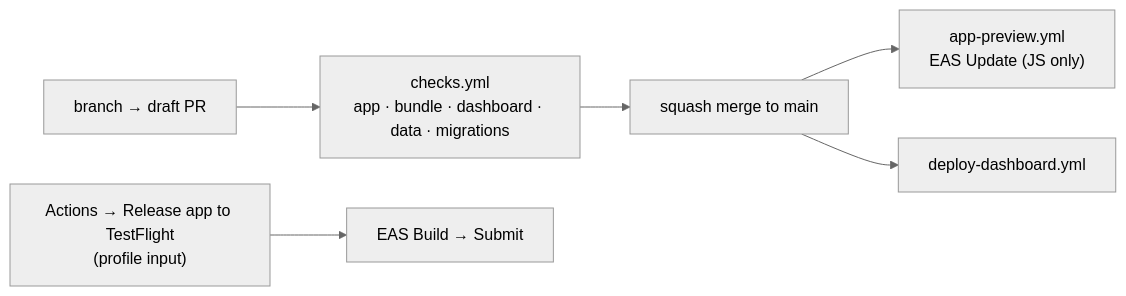
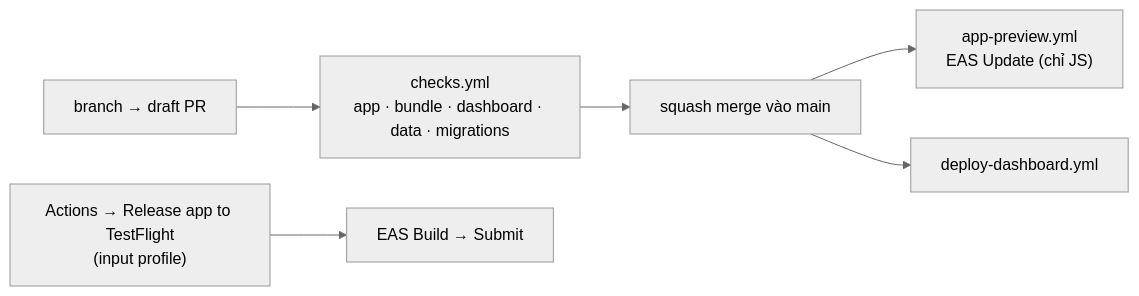
One commit to aletuan/city-crew changed the sixth of 6 diagrams in docs/system-design.md. Above: the diagram before and after it, drawn with Mermaid (neutral theme). The commit also changed other lines of this file, not shown here.

````diff
--- a/docs/system-design.md
+++ b/docs/system-design.md
@@ -329,8 +326,8 @@
 ```mermaid
 flowchart LR
   PR["branch → draft PR"] --> CI["checks.yml<br/>app · bundle · dashboard · data · migrations"]
-  CI --> M["squash merge to main"]
-  M --> U["app-preview.yml<br/>EAS Update (JS only)"]
+  CI --> M["squash merge vào main"]
+  M --> U["app-preview.yml<br/>EAS Update (chỉ JS)"]
   M --> W["deploy-dashboard.yml"]
-  R["Actions → Release app to TestFlight<br/>(profile input)"] --> B["EAS Build → Submit"]
+  R["Actions → Release app to TestFlight<br/>(input profile)"] --> B["EAS Build → Submit"]
 ```
````
